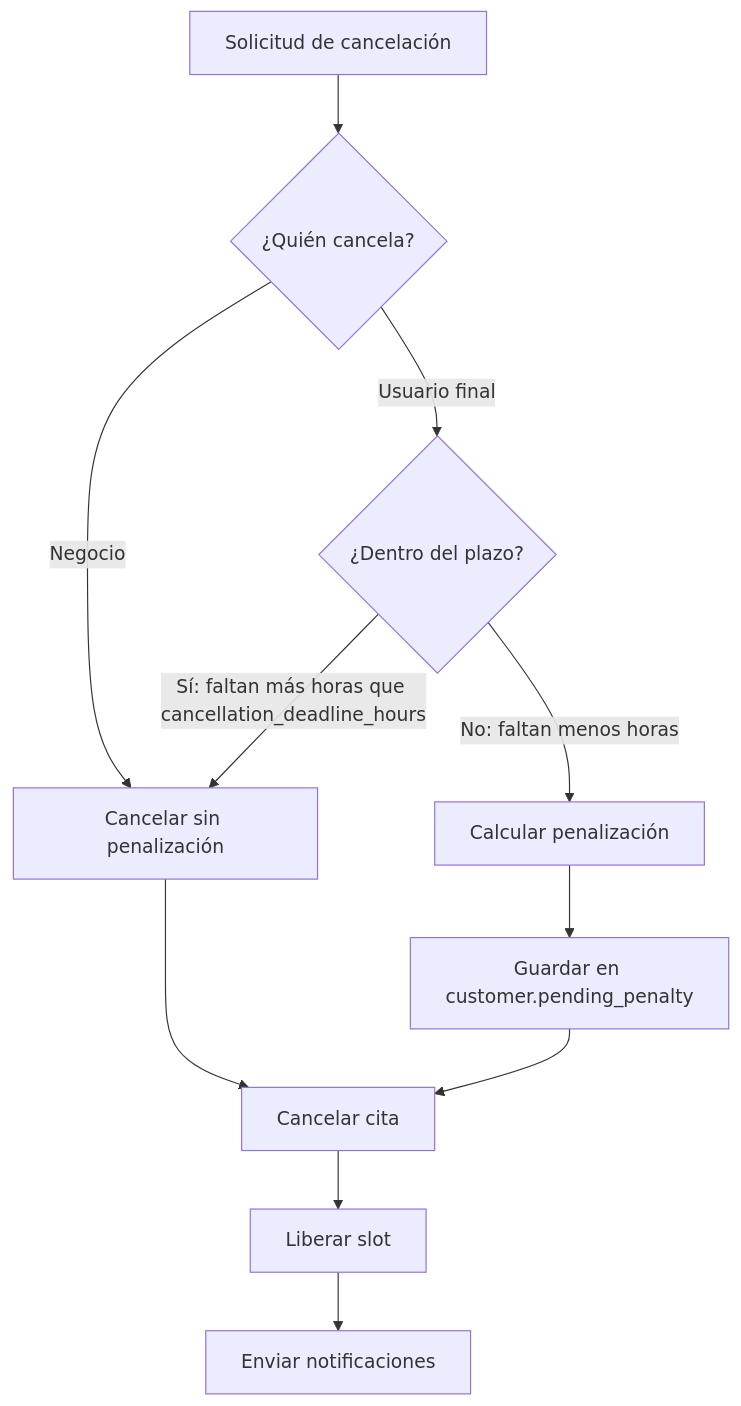
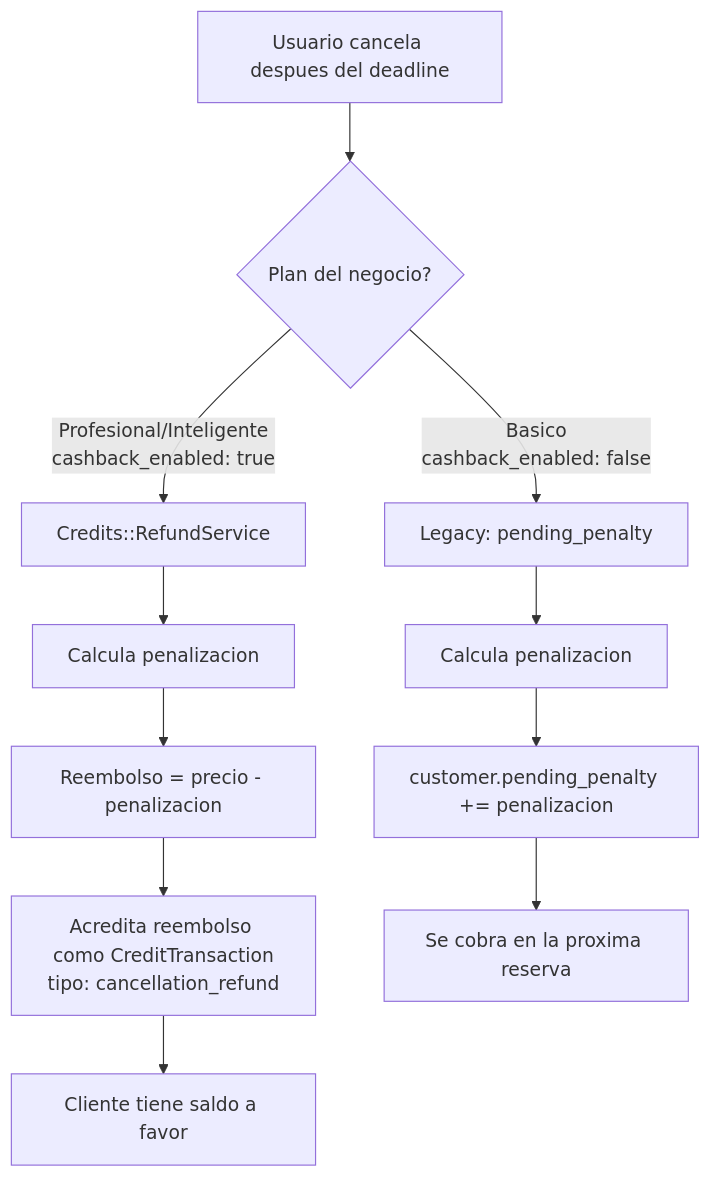
The diagram in docs/tech/sistema-cancelaciones.md (aaltamar12/agendify), drawn with Mermaid before and after one commit. The commit also changed other lines of this file, not shown here.

First line of the commit message:
docs: update cancellation system with cashback/credit interaction

````diff
--- a/docs/tech/sistema-cancelaciones.md
+++ b/docs/tech/sistema-cancelaciones.md
@@ -56,13 +34,15 @@
 ```mermaid
 flowchart TD
-    A[Solicitud de cancelación] --> B{¿Quién cancela?}
-    B -->|Negocio| C[Cancelar sin penalización]
-    B -->|Usuario final| D{¿Dentro del plazo?}
-    D -->|Sí: faltan más horas que cancellation_deadline_hours| C
-    D -->|No: faltan menos horas| E[Calcular penalización]
-    E --> F[Guardar en customer.pending_penalty]
-    F --> G[Cancelar cita]
-    C --> G
-    G --> H[Liberar slot]
-    H --> I[Enviar notificaciones]
+    A[Usuario cancela despues del deadline] --> B{Plan del negocio?}
+    B -->|Profesional/Inteligente<br>cashback_enabled: true| C[Credits::RefundService]
+    B -->|Basico<br>cashback_enabled: false| D[Legacy: pending_penalty]
+
+    C --> E[Calcula penalizacion]
+    E --> F[Reembolso = precio - penalizacion]
+    F --> G[Acredita reembolso como CreditTransaction<br>tipo: cancellation_refund]
+    G --> H[Cliente tiene saldo a favor]
+
+    D --> I[Calcula penalizacion]
+    I --> J[customer.pending_penalty += penalizacion]
+    J --> K[Se cobra en la proxima reserva]
 ```
````
